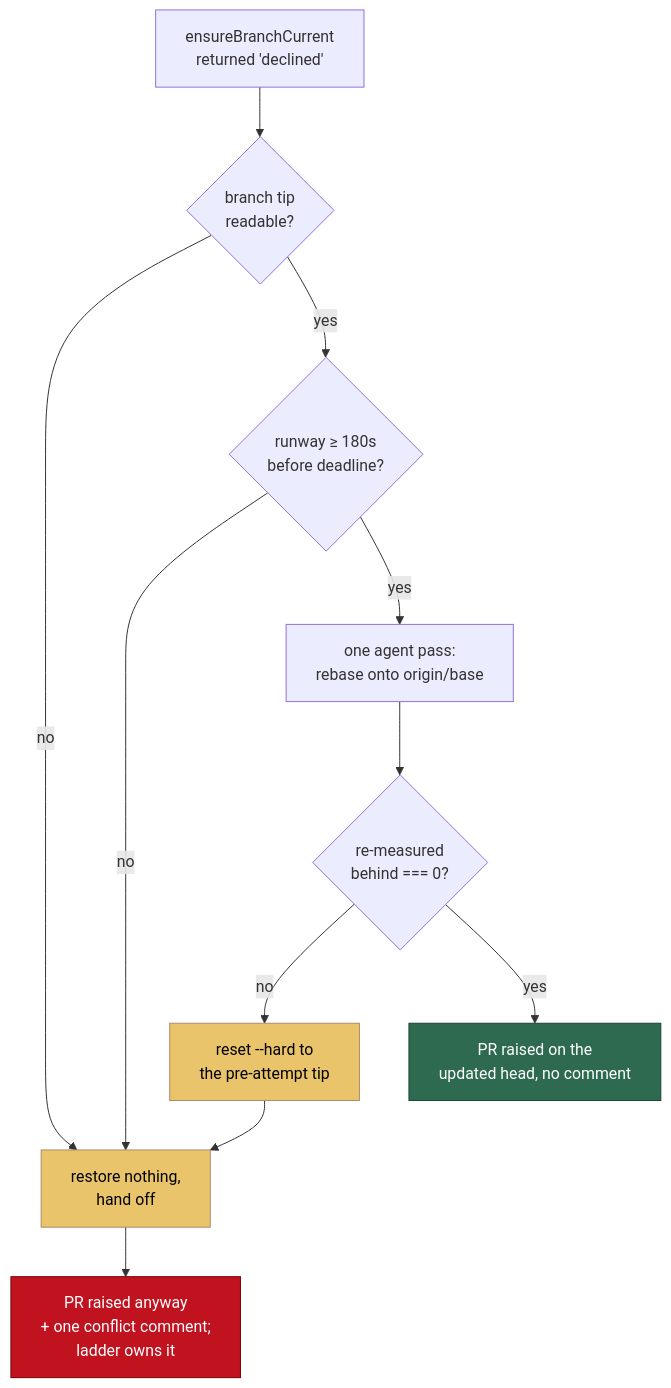
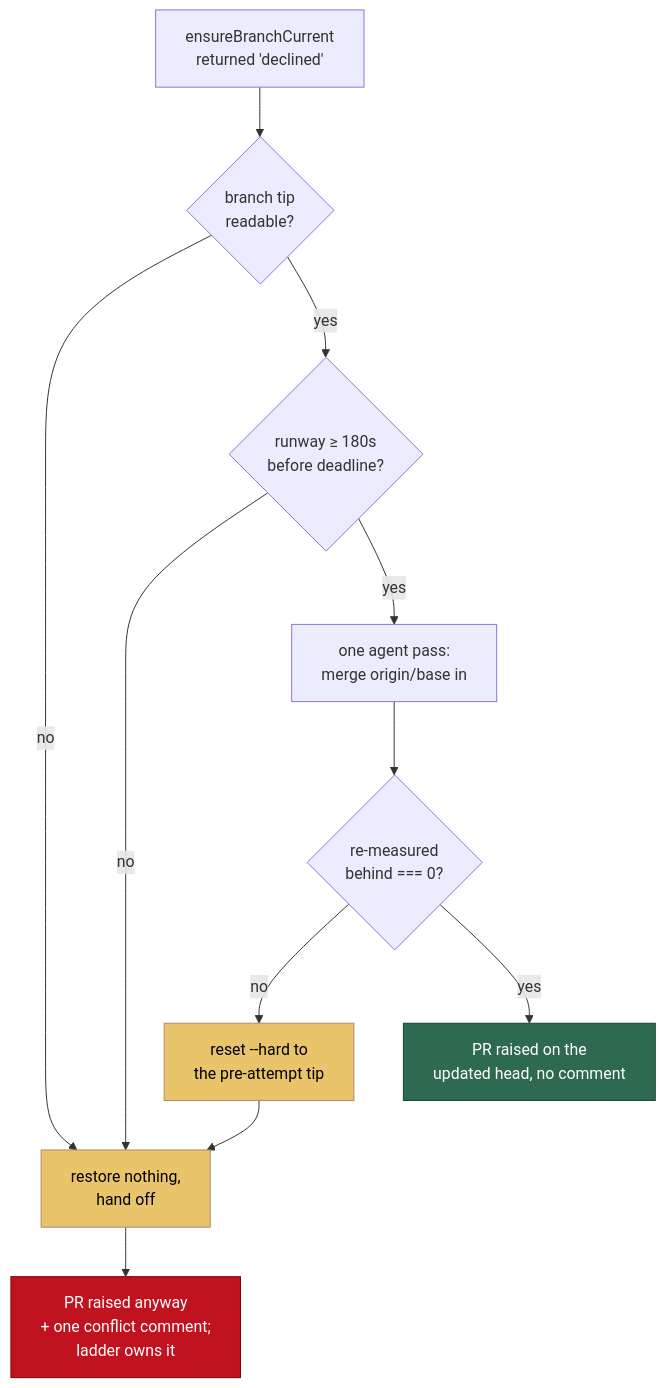
Before and after one commit to stSoftwareAU/VibeCoder: diagram 22 of 44 in docs/INTERNALS.md, drawn with Mermaid. The commit also changed other lines of this file and 3 other files, not shown here.

````diff
--- a/docs/INTERNALS.md
+++ b/docs/INTERNALS.md
@@ -2521,17 +2523,17 @@
 ```mermaid
 flowchart TD
     D["ensureBranchCurrent<br/>returned 'declined'"] --> T{"branch tip<br/>readable?"}
     T -- no --> H["restore nothing,<br/>hand off"]
     T -- yes --> B{"runway ≥ 180s<br/>before deadline?"}
     B -- no --> H
-    B -- yes --> A["one agent pass:<br/>rebase onto origin/base"]
+    B -- yes --> A["one agent pass:<br/>merge origin/base in"]
     A --> M{"re-measured<br/>behind === 0?"}
     M -- no --> R["reset --hard to<br/>the pre-attempt tip"]
     R --> H
     M -- yes --> OKC["PR raised on the<br/>updated head, no comment"]
     H --> C["PR raised anyway<br/>+ one conflict comment;<br/>ladder owns it"]
     style H fill:#e9c46a,stroke:#b08968,color:#000
     style R fill:#e9c46a,stroke:#b08968,color:#000
     style C fill:#c1121f,stroke:#780000,color:#fff
     style OKC fill:#2d6a4f,stroke:#1b4332,color:#fff
 ```
````
